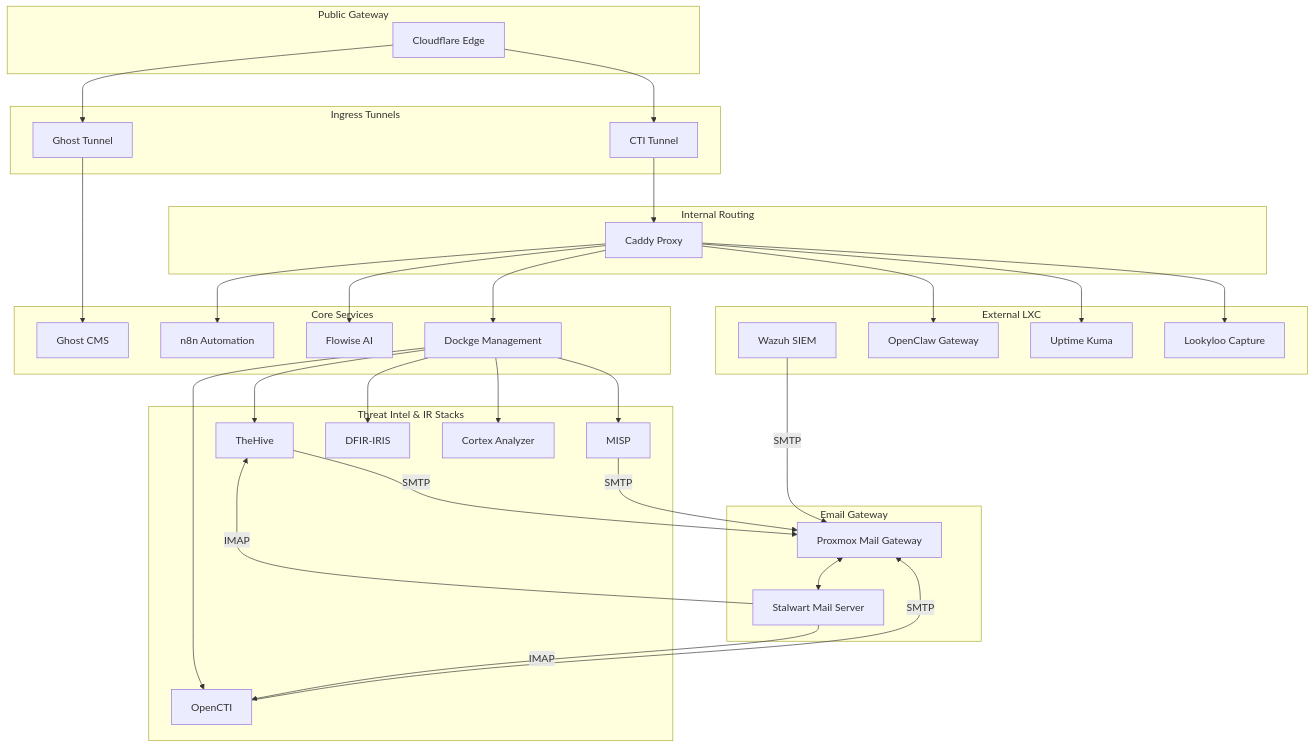
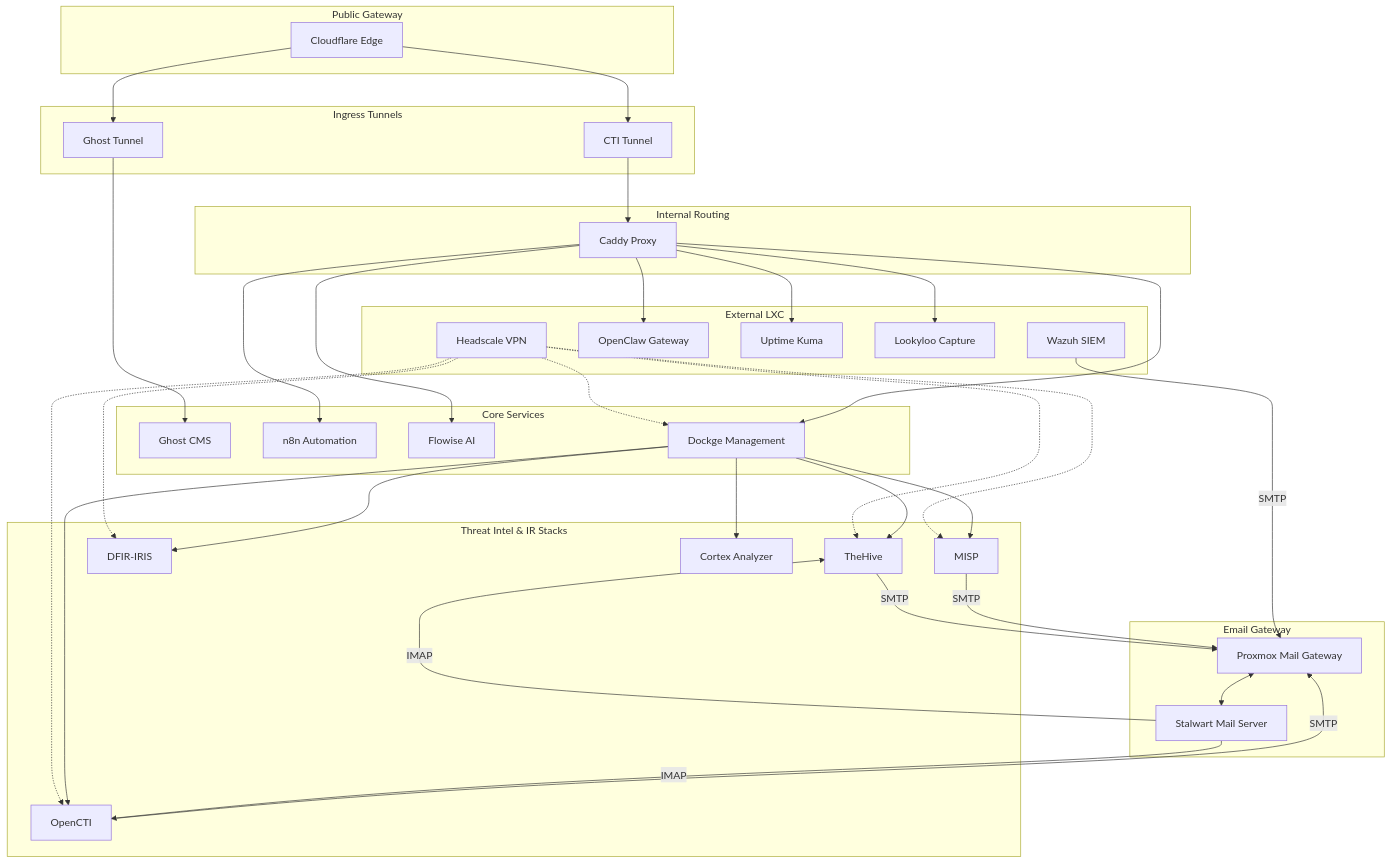
One commit to JazenaYLA/threatlabs-cti-stack changed the diagram in README.md. Above: the diagram before and after it, drawn with Mermaid. The commit also changed other lines of this file and 1 other file, not shown here.

Commit message:
docs: Add deferred Headscale tasks and remote access architecture

````diff
--- a/README.md
+++ b/README.md
@@ -12,58 +12,62 @@
 ```mermaid
     graph TD
 
     subgraph "Public Gateway"
         CF[Cloudflare Edge]
     end
 
     subgraph "Ingress Tunnels"
         GT[Ghost Tunnel]
         CT[CTI Tunnel]
     end
 
     subgraph "Internal Routing"
         Caddy[Caddy Proxy]
     end
 
     subgraph "Core Services"
         Ghost[Ghost CMS]
         n8n[n8n Automation]
         Flowise[Flowise AI]
         Dockge[Dockge Management]
     end
 
     subgraph "Threat Intel & IR Stacks"
         TheHive[TheHive]
         MISP[MISP]
         OpenCTI[OpenCTI]
         IRIS[DFIR-IRIS]
         Cortex[Cortex Analyzer]
     end
 
     subgraph "External LXC"
         Wazuh[Wazuh SIEM]
         OpenClaw[OpenClaw Gateway]
         Kuma[Uptime Kuma]
         Lookyloo[Lookyloo Capture]
+        Headscale[Headscale VPN]
     end
 
     subgraph "Email Gateway"
         PMG[Proxmox Mail Gateway]
         Stalwart[Stalwart Mail Server]
     end
 
     %% Routing
     CF --> GT & CT
     GT --> Ghost
     CT --> Caddy
     
+    %% VPN Mesh
+    Headscale -.-> Dockge & TheHive & OpenCTI & MISP & IRIS
+    
     Caddy --> n8n & Flowise & Dockge & OpenClaw & Kuma & Lookyloo
     
     Dockge --> TheHive & MISP & OpenCTI & IRIS & Cortex
     
     %% Email Flow
     PMG <--> Stalwart
     TheHive & MISP & OpenCTI -- SMTP --> PMG
     Stalwart -- IMAP --> TheHive & OpenCTI
     Wazuh -- SMTP --> PMG
 ```
````
